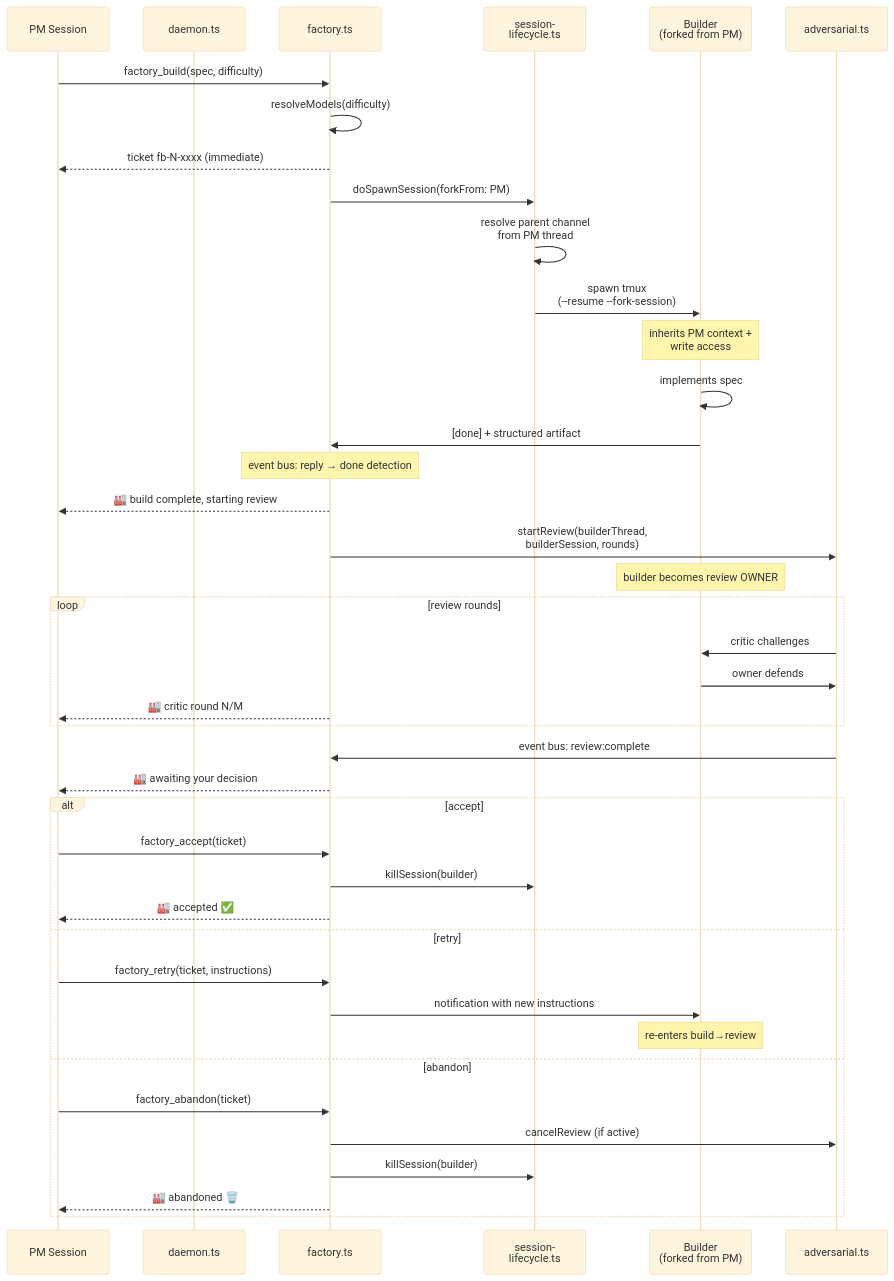
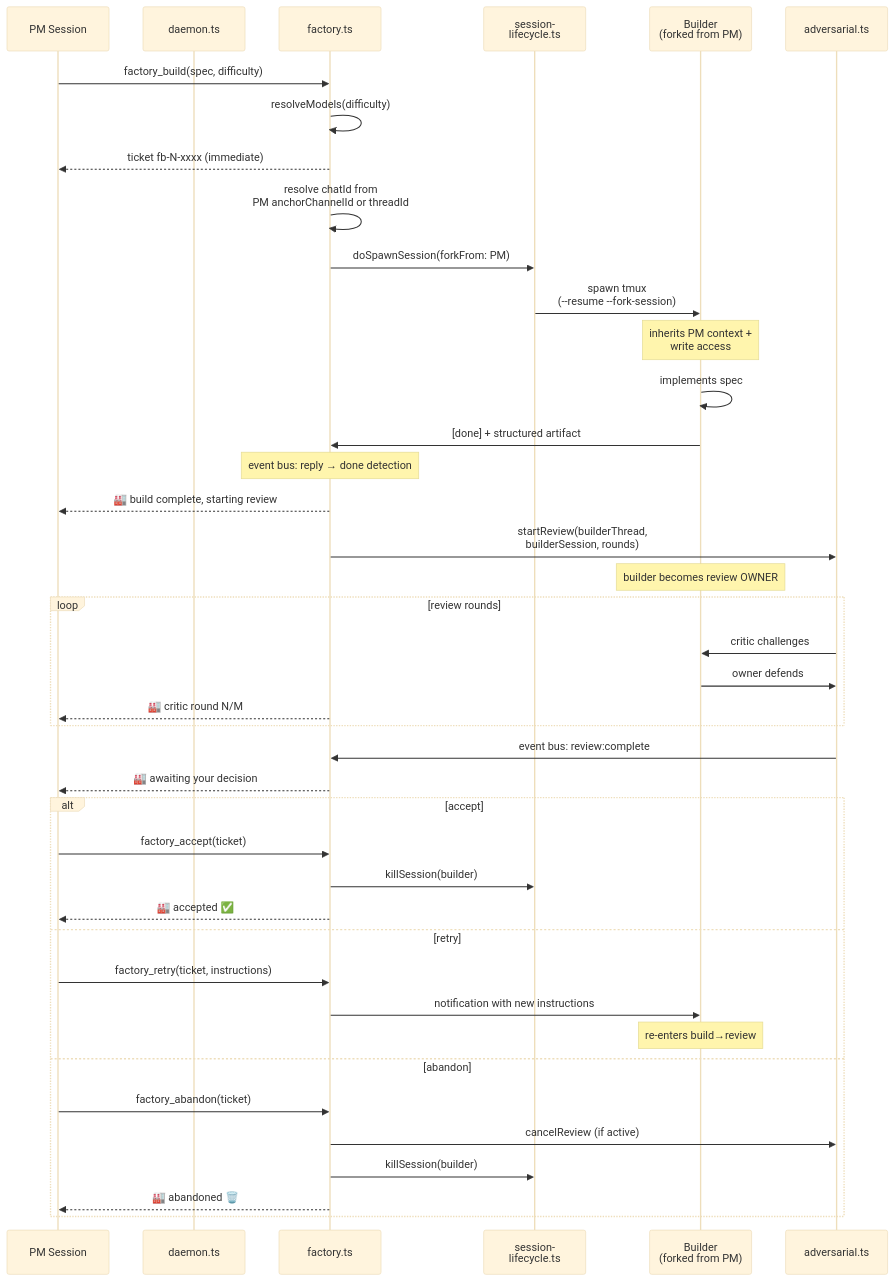
Before and after one commit to sf8193/hydra: the diagram in diagrams/flow-factory.mmd, drawn with Mermaid (base theme). The commit also changed 5 other files, not shown here.

```diff
--- a/diagrams/flow-factory.mmd
+++ b/diagrams/flow-factory.mmd
@@ -1,52 +1,52 @@
 %% Factory — async build→review cycle with PM notification loop
 %% PM stays in their thread. Builder works in a new thread.
 %% Daemon enforces the lifecycle.
 
 sequenceDiagram
     participant PM as PM Session
     participant daemon as daemon.ts
     participant factory as factory.ts
     participant lifecycle as session-<br/>lifecycle.ts
     participant builder as Builder<br/>(forked from PM)
     participant review as adversarial.ts
 
     PM->>factory: factory_build(spec, difficulty)
     factory->>factory: resolveModels(difficulty)
     factory-->>PM: ticket fb-N-xxxx (immediate)
 
+    factory->>factory: resolve chatId from<br/>PM anchorChannelId or threadId
     factory->>lifecycle: doSpawnSession(forkFrom: PM)
-    lifecycle->>lifecycle: resolve parent channel<br/>from PM thread
     lifecycle->>builder: spawn tmux<br/>(--resume --fork-session)
     Note over builder: inherits PM context +<br/>write access
 
     builder->>builder: implements spec
     builder->>factory: [done] + structured artifact
     Note over factory: event bus: reply → done detection
 
     factory-->>PM: 🏭 build complete, starting review
     factory->>review: startReview(builderThread,<br/>builderSession, rounds)
     Note over builder: builder becomes review OWNER
 
     loop review rounds
         review->>builder: critic challenges
         builder->>review: owner defends
         factory-->>PM: 🏭 critic round N/M
     end
 
     review->>factory: event bus: review:complete
     factory-->>PM: 🏭 awaiting your decision
 
     alt accept
         PM->>factory: factory_accept(ticket)
         factory->>lifecycle: killSession(builder)
         factory-->>PM: 🏭 accepted ✅
     else retry
         PM->>factory: factory_retry(ticket, instructions)
         factory->>builder: notification with new instructions
         Note over builder: re-enters build→review
     else abandon
         PM->>factory: factory_abandon(ticket)
         factory->>review: cancelReview (if active)
         factory->>lifecycle: killSession(builder)
         factory-->>PM: 🏭 abandoned 🗑️
     end
```
